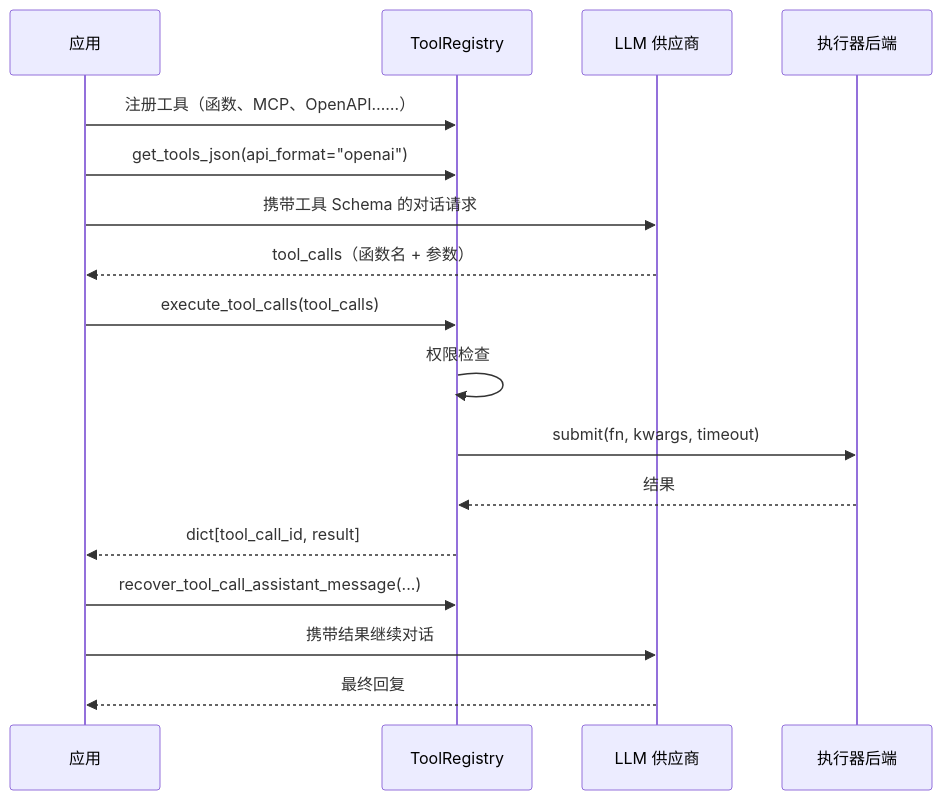
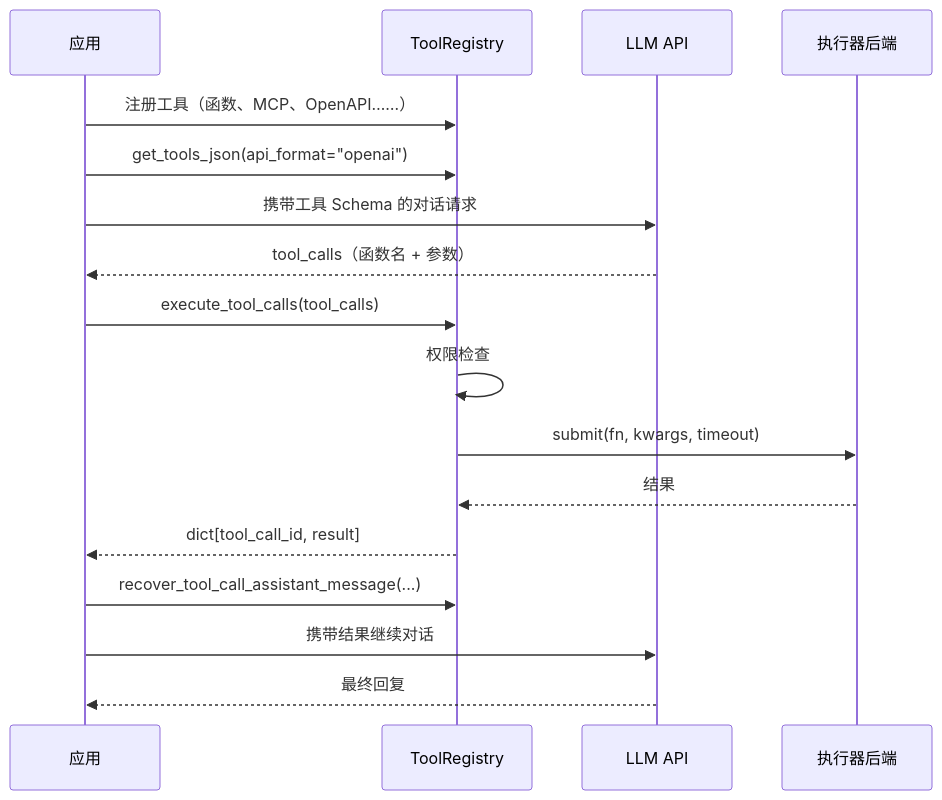
Before and after one commit to Oaklight/ToolRegistry: the second of 2 diagrams in docs/architecture/overview.md, drawn with Mermaid. The commit also changed other lines of this file and 9 other files, not shown here.

First line of the commit message:
docs: replace "供应商/提供商" with "API 格式" terminology

````diff
--- a/docs/architecture/overview.md
+++ b/docs/architecture/overview.md
@@ -84,20 +84,20 @@
 ```mermaid
 sequenceDiagram
     participant App as 应用
     participant Registry as ToolRegistry
-    participant LLM as LLM 供应商
+    participant LLM as LLM API
     participant Backend as 执行器后端
 
     App->>Registry: 注册工具（函数、MCP、OpenAPI……）
     App->>Registry: get_tools_json(api_format="openai")
     App->>LLM: 携带工具 Schema 的对话请求
     LLM-->>App: tool_calls（函数名 + 参数）
     App->>Registry: execute_tool_calls(tool_calls)
     Registry->>Registry: 权限检查
     Registry->>Backend: submit(fn, kwargs, timeout)
     Backend-->>Registry: 结果
     Registry-->>App: dict[tool_call_id, result]
     App->>Registry: recover_tool_call_assistant_message(...)
     App->>LLM: 携带结果继续对话
     LLM-->>App: 最终回复
 ```
````
